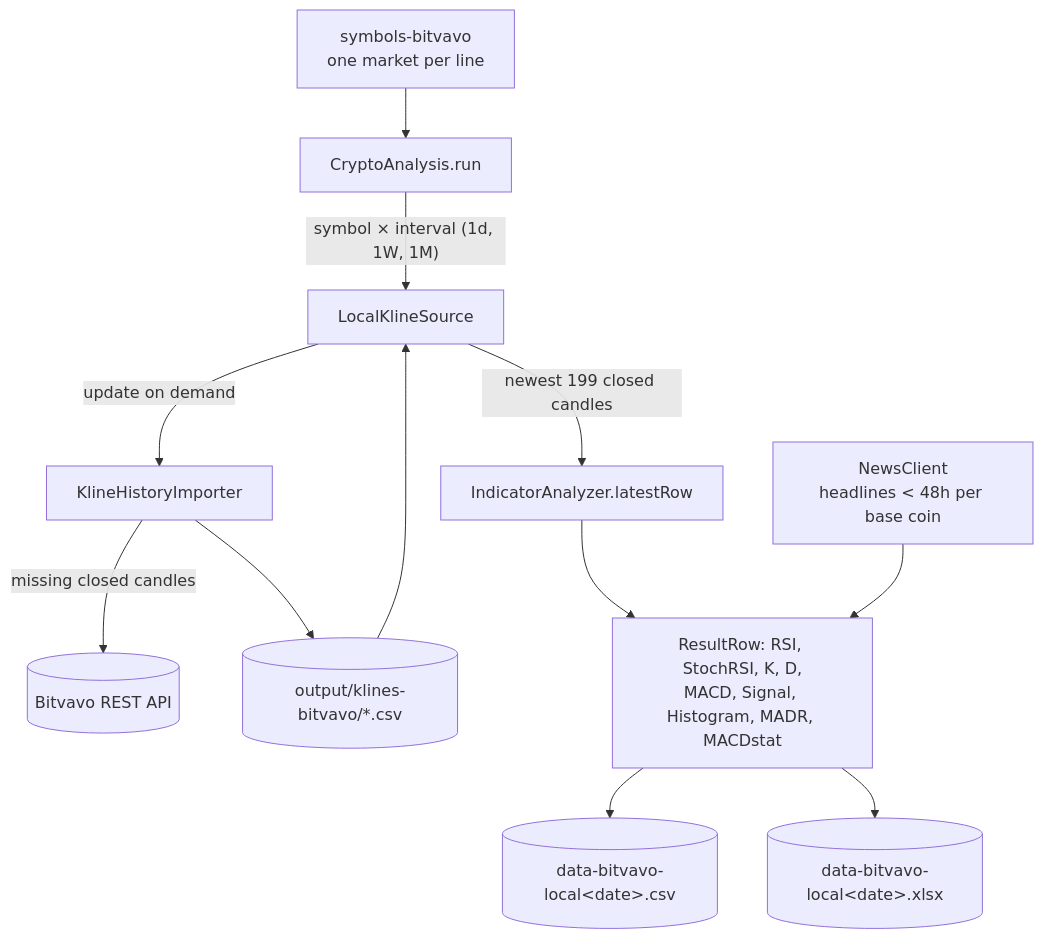
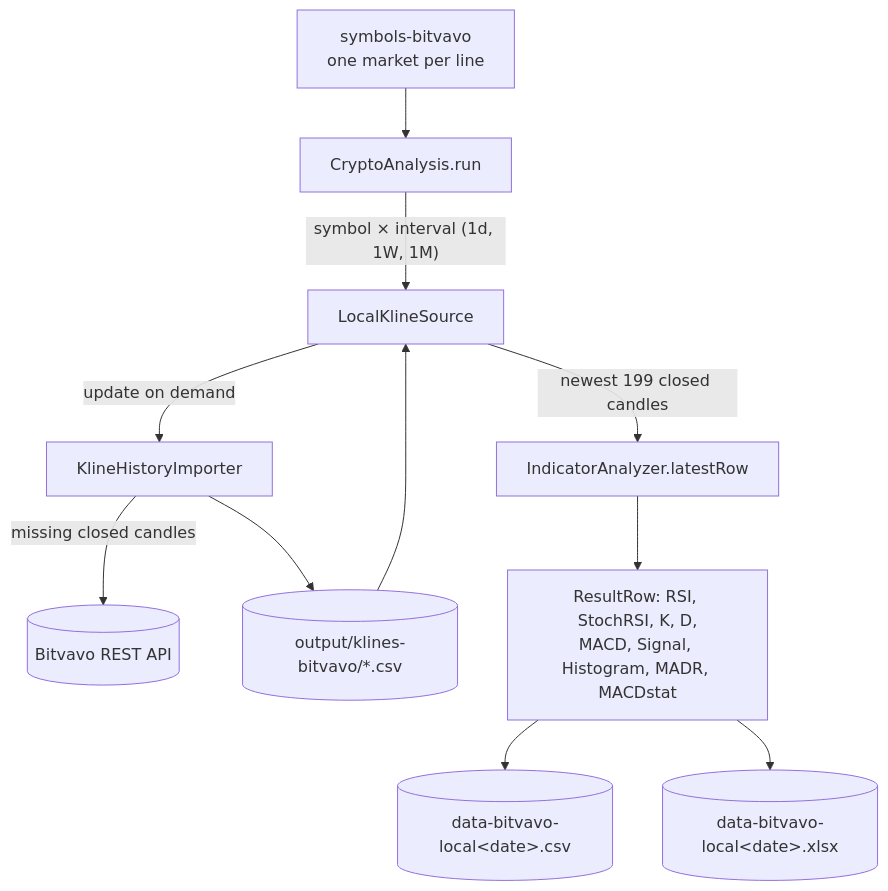
The first of 2 diagrams in src/main/resources/nl/debo/cryptodata/analysis-pipeline.md (dbder/robCryptoData), drawn with Mermaid before and after one commit. The commit also changed other lines of this file and 8 other files, not shown here.

````diff
--- a/src/main/resources/nl/debo/cryptodata/analysis-pipeline.md
+++ b/src/main/resources/nl/debo/cryptodata/analysis-pipeline.md
@@ -18,14 +18,13 @@
 ```mermaid
 flowchart TD
     SYM[symbols-bitvavo\none market per line] --> CA[CryptoAnalysis.run]
     CA -->|"symbol × interval (1d, 1W, 1M)"| LKS[LocalKlineSource]
     LKS -->|update on demand| IMP[KlineHistoryImporter]
     IMP -->|missing closed candles| API[(Bitvavo REST API)]
     IMP --> CSVSTORE[(output/klines-bitvavo/*.csv)]
     CSVSTORE --> LKS
     LKS -->|"newest 199 closed candles"| IA[IndicatorAnalyzer.latestRow]
     IA --> ROW[ResultRow: RSI, StochRSI, K, D,\nMACD, Signal, Histogram, MADR, MACDstat]
-    NEWS[NewsClient\nheadlines < 48h per base coin] --> ROW
     ROW --> OUT1[(data-bitvavo-local&lt;date&gt;.csv)]
     ROW --> OUT2[(data-bitvavo-local&lt;date&gt;.xlsx)]
 ```
````
